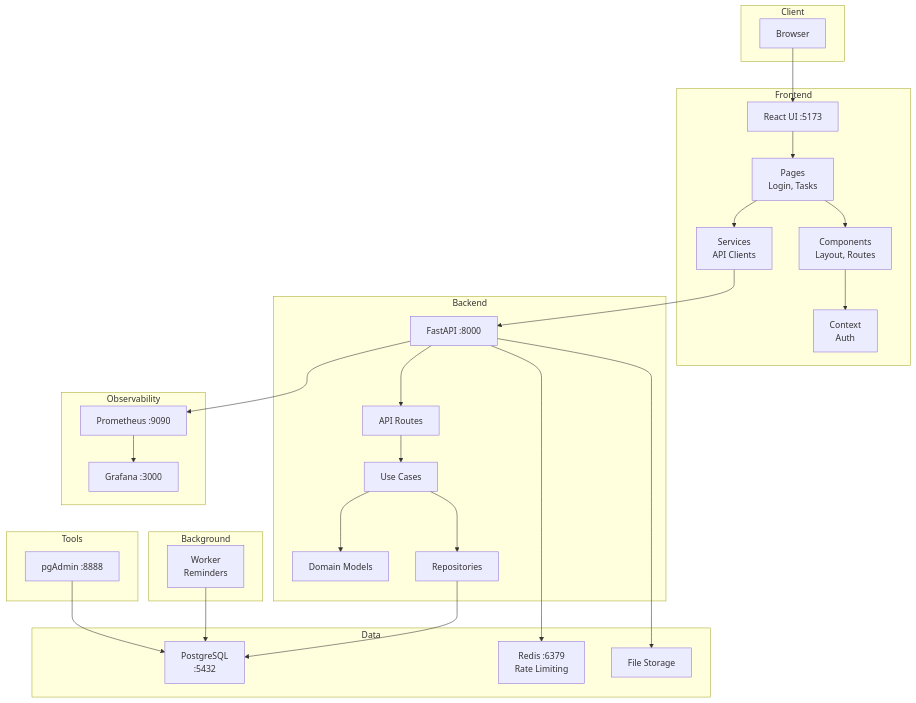
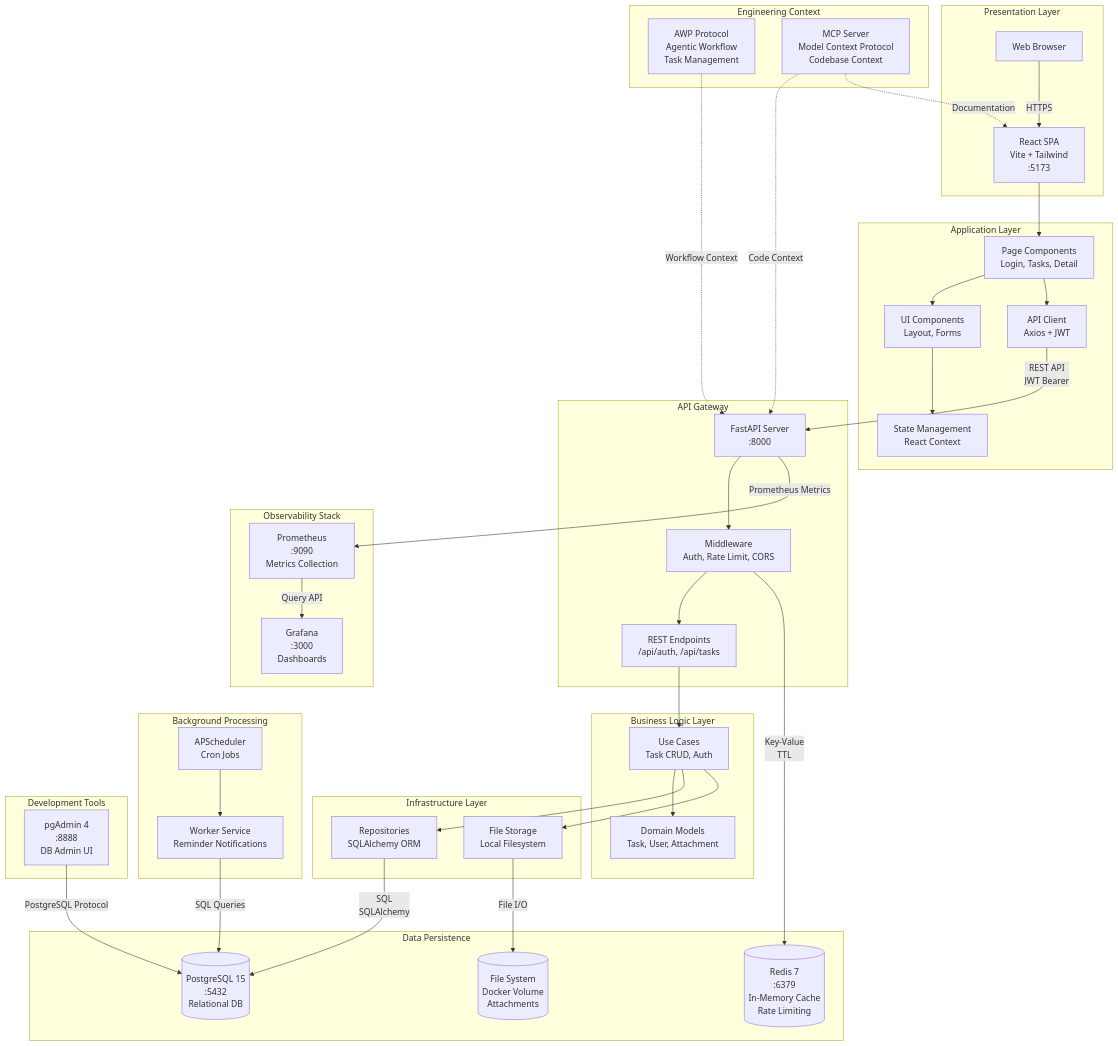
The diagram in README.md (michaelwybraniec/deepsee), drawn with Mermaid before and after one commit.

Commit message:
docs: enhance architecture diagram with professional standards and engineering context
- Applied industry-standard layer naming (Presentation, Application, API Gateway, Business Logic, Infrastructure, Data Persistence)
- Added specific technologies and protocols (React SPA, Vite, Tailwind, FastAPI, SQLAlchemy, PostgreSQL 15, Redis 7, APScheduler)
- Added protocol labels (HTTPS, REST API, JWT Bearer, SQL, Key-Value, File I/O)
- Improved component naming and organization following professional patterns
- Added Engineering Context layer with AWP Protocol and MCP Server for context engineering
- Enhanced data flow clarity with protocol-specific connection labels

````diff
--- a/README.md
+++ b/README.md
@@ -32,61 +32,88 @@
 ```mermaid
 graph TB
-    subgraph "Client"
-        Browser[Browser]
+    subgraph Presentation["Presentation Layer"]
+        Browser[Web Browser]
+        React["React SPA<br/>Vite + Tailwind<br/>:5173"]
+        
+        Browser -->|HTTPS| React
     end
     
-    subgraph "Frontend"
-        React["React UI :5173"]
-        Pages["Pages<br/>Login, Tasks"]
-        Components["Components<br/>Layout, Routes"]
-        Services["Services<br/>API Clients"]
-        Context["Context<br/>Auth"]
+    subgraph Application["Application Layer"]
+        Pages["Page Components<br/>Login, Tasks, Detail"]
+        Components["UI Components<br/>Layout, Forms"]
+        Services["API Client<br/>Axios + JWT"]
+        State["State Management<br/>React Context"]
         
         React --> Pages
         Pages --> Components
         Pages --> Services
-        Components --> Context
+        Components --> State
     end
     
-    subgraph "Backend"
-        API["FastAPI :8000"]
-        Routes["API Routes"]
-        UseCases["Use Cases"]
-        Domain["Domain Models"]
-        Repos["Repositories"]
+    subgraph API["API Gateway"]
+        FastAPI["FastAPI Server<br/>:8000"]
+        Middleware["Middleware<br/>Auth, Rate Limit, CORS"]
+        Routes["REST Endpoints<br/>/api/auth, /api/tasks"]
+        
+        Services -->|REST API<br/>JWT Bearer| FastAPI
+        FastAPI --> Middleware
+        Middleware --> Routes
+    end
+    
+    subgraph Business["Business Logic Layer"]
+        UseCases["Use Cases<br/>Task CRUD, Auth"]
+        Domain["Domain Models<br/>Task, User, Attachment"]
         
         Routes --> UseCases
         UseCases --> Domain
-        UseCases --> Repos
     end
     
-    subgraph "Background"
-        Worker["Worker<br/>Reminders"]
+    subgraph Infrastructure["Infrastructure Layer"]
+        Repos["Repositories<br/>SQLAlchemy ORM"]
+        Storage["File Storage<br/>Local Filesystem"]
+        
+        UseCases --> Repos
+        UseCases --> Storage
     end
     
-    subgraph "Data"
-        DB["PostgreSQL<br/>:5432"]
-        Redis["Redis :6379<br/>Rate Limiting"]
-        Storage["File Storage"]
+    subgraph Data["Data Persistence"]
+        PostgreSQL[("PostgreSQL 15<br/>:5432<br/>Relational DB")]
+        Redis[("Redis 7<br/>:6379<br/>In-Memory Cache<br/>Rate Limiting")]
+        Files[("File System<br/>Docker Volume<br/>Attachments")]
+        
+        Repos -->|SQL<br/>SQLAlchemy| PostgreSQL
+        Middleware -->|Key-Value<br/>TTL| Redis
+        Storage -->|File I/O| Files
     end
     
-    subgraph "Observability"
-        Prometheus["Prometheus :9090"]
-        Grafana["Grafana :3000"]
+    subgraph Background["Background Processing"]
+        Scheduler["APScheduler<br/>Cron Jobs"]
+        Worker["Worker Service<br/>Reminder Notifications"]
+        
+        Scheduler --> Worker
+        Worker -->|SQL Queries| PostgreSQL
     end
     
-    subgraph "Tools"
-        pgAdmin["pgAdmin :8888"]
+    subgraph Monitoring["Observability Stack"]
+        Prometheus["Prometheus<br/>:9090<br/>Metrics Collection"]
+        Grafana["Grafana<br/>:3000<br/>Dashboards"]
+        
+        FastAPI -->|Prometheus Metrics| Prometheus
+        Prometheus -->|Query API| Grafana
     end
     
-    Browser --> React
-    Services --> API
-    API --> Routes
-    Repos --> DB
-    API --> Redis
-    API --> Storage
-    Worker --> DB
-    API --> Prometheus
-    Prometheus --> Grafana
-    pgAdmin --> DB
+    subgraph DevTools["Development Tools"]
+        pgAdmin["pgAdmin 4<br/>:8888<br/>DB Admin UI"]
+        
+        pgAdmin -->|PostgreSQL Protocol| PostgreSQL
+    end
+    
+    subgraph Engineering["Engineering Context"]
+        AWP["AWP Protocol<br/>Agentic Workflow<br/>Task Management"]
+        MCP["MCP Server<br/>Model Context Protocol<br/>Codebase Context"]
+        
+        AWP -.->|Workflow Context| FastAPI
+        MCP -.->|Code Context| FastAPI
+        MCP -.->|Documentation| React
+    end
 ```
````
